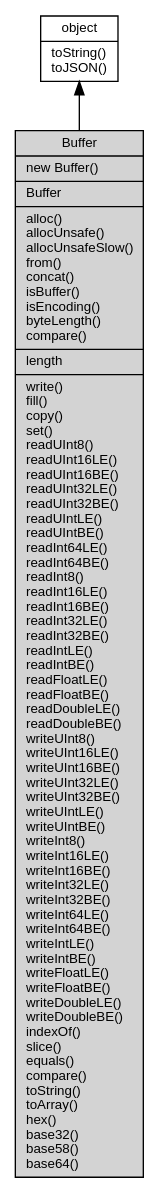
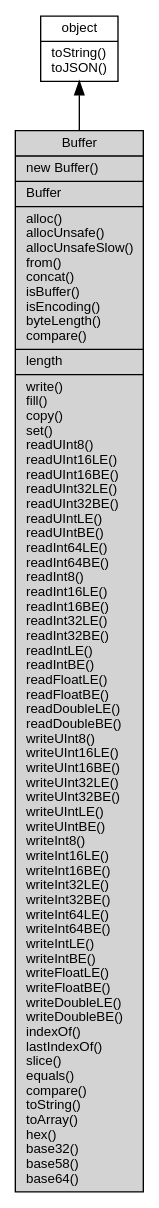
The diagram in docs/manual/object/ifs/Buffer.md (fibjs/fibjs.org), drawn with Graphviz before and after one commit. The commit also changed other lines of this file and 3 other files, not shown here.

````diff
--- a/docs/manual/object/ifs/Buffer.md
+++ b/docs/manual/object/ifs/Buffer.md
@@ -11,10 +11,10 @@
 ```dot
 digraph {
     node [fontname="Helvetica,sans-Serif", fontsize=10, shape="record", style="filled", fillcolor="white"];
 
     object [tooltip="object", URL="object.md", label="{object|toString()\ltoJSON()\l}"];
-    Buffer [tooltip="Buffer", fillcolor="lightgray", id="me", label="{Buffer|new Buffer()\l|Buffer\l|alloc()\lallocUnsafe()\lallocUnsafeSlow()\lfrom()\lconcat()\lisBuffer()\lisEncoding()\lbyteLength()\lcompare()\l|length\l|write()\lfill()\lcopy()\lset()\lreadUInt8()\lreadUInt16LE()\lreadUInt16BE()\lreadUInt32LE()\lreadUInt32BE()\lreadUIntLE()\lreadUIntBE()\lreadInt64LE()\lreadInt64BE()\lreadInt8()\lreadInt16LE()\lreadInt16BE()\lreadInt32LE()\lreadInt32BE()\lreadIntLE()\lreadIntBE()\lreadFloatLE()\lreadFloatBE()\lreadDoubleLE()\lreadDoubleBE()\lwriteUInt8()\lwriteUInt16LE()\lwriteUInt16BE()\lwriteUInt32LE()\lwriteUInt32BE()\lwriteUIntLE()\lwriteUIntBE()\lwriteInt8()\lwriteInt16LE()\lwriteInt16BE()\lwriteInt32LE()\lwriteInt32BE()\lwriteInt64LE()\lwriteInt64BE()\lwriteIntLE()\lwriteIntBE()\lwriteFloatLE()\lwriteFloatBE()\lwriteDoubleLE()\lwriteDoubleBE()\lindexOf()\lslice()\lequals()\lcompare()\ltoString()\ltoArray()\lhex()\lbase32()\lbase58()\lbase64()\l}"];
+    Buffer [tooltip="Buffer", fillcolor="lightgray", id="me", label="{Buffer|new Buffer()\l|Buffer\l|alloc()\lallocUnsafe()\lallocUnsafeSlow()\lfrom()\lconcat()\lisBuffer()\lisEncoding()\lbyteLength()\lcompare()\l|length\l|write()\lfill()\lcopy()\lset()\lreadUInt8()\lreadUInt16LE()\lreadUInt16BE()\lreadUInt32LE()\lreadUInt32BE()\lreadUIntLE()\lreadUIntBE()\lreadInt64LE()\lreadInt64BE()\lreadInt8()\lreadInt16LE()\lreadInt16BE()\lreadInt32LE()\lreadInt32BE()\lreadIntLE()\lreadIntBE()\lreadFloatLE()\lreadFloatBE()\lreadDoubleLE()\lreadDoubleBE()\lwriteUInt8()\lwriteUInt16LE()\lwriteUInt16BE()\lwriteUInt32LE()\lwriteUInt32BE()\lwriteUIntLE()\lwriteUIntBE()\lwriteInt8()\lwriteInt16LE()\lwriteInt16BE()\lwriteInt32LE()\lwriteInt32BE()\lwriteInt64LE()\lwriteInt64BE()\lwriteIntLE()\lwriteIntBE()\lwriteFloatLE()\lwriteFloatBE()\lwriteDoubleLE()\lwriteDoubleBE()\lindexOf()\llastIndexOf()\lslice()\lequals()\lcompare()\ltoString()\ltoArray()\lhex()\lbase32()\lbase58()\lbase64()\l}"];
 
     object -> Buffer [dir=back];
 }
 ```
````
